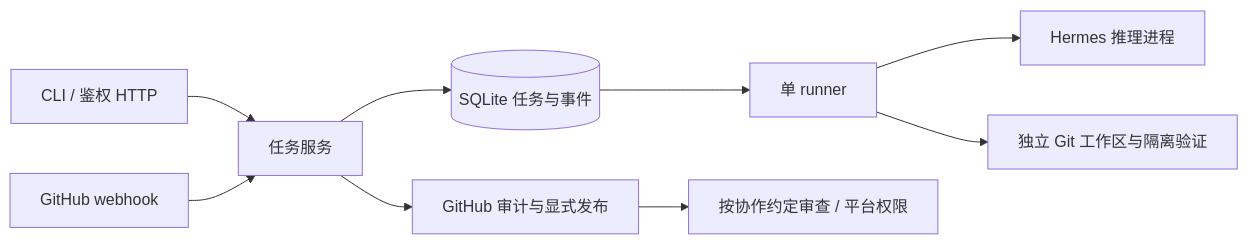
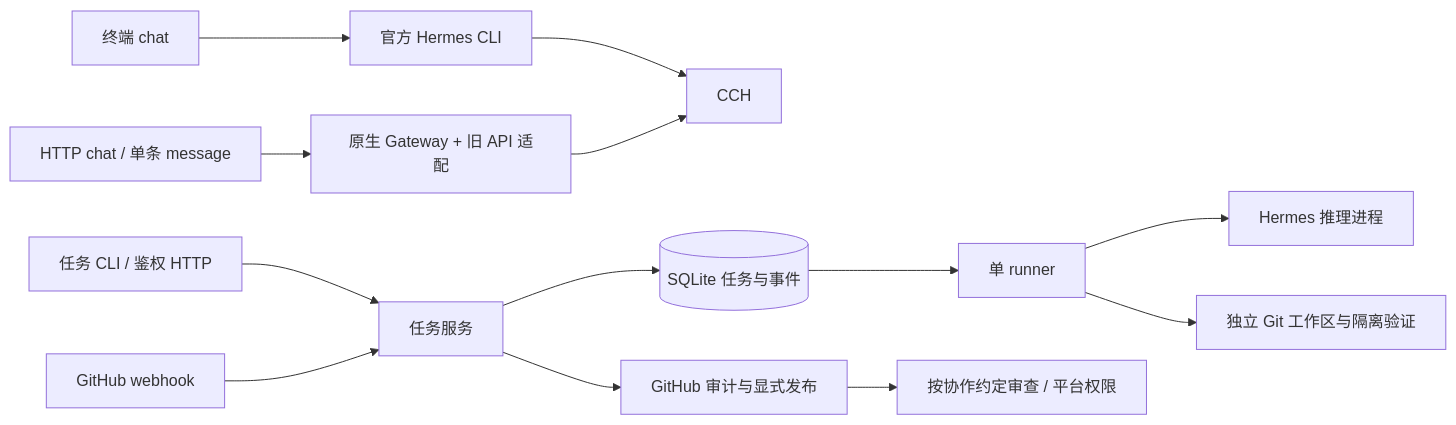
Before and after one commit to Ceng-0324/MIKASA: the diagram in docs/architecture/README.md, drawn with Mermaid. The commit also changed other lines of this file and 19 other files, not shown here.

Commit message:
refactor: use native Hermes CLI for interactive chat

````diff
--- a/docs/architecture/README.md
+++ b/docs/architecture/README.md
@@ -11,11 +13,15 @@
 ```mermaid
 flowchart LR
-    A[CLI / 鉴权 HTTP] --> B[任务服务]
+    A[任务 CLI / 鉴权 HTTP] --> B[任务服务]
+    J[终端 chat] --> K[官方 Hermes CLI]
+    L[HTTP chat / 单条 message] --> M[原生 Gateway + 旧 API 适配]
+    K --> N[CCH]
+    M --> N
     G[GitHub webhook] --> B
     B --> C[(SQLite 任务与事件)]
     C --> D[单 runner]
     D --> E[Hermes 推理进程]
     D --> F[独立 Git 工作区与隔离验证]
     B --> H[GitHub 审计与显式发布]
     H --> I[按协作约定审查 / 平台权限]
 ```
````
